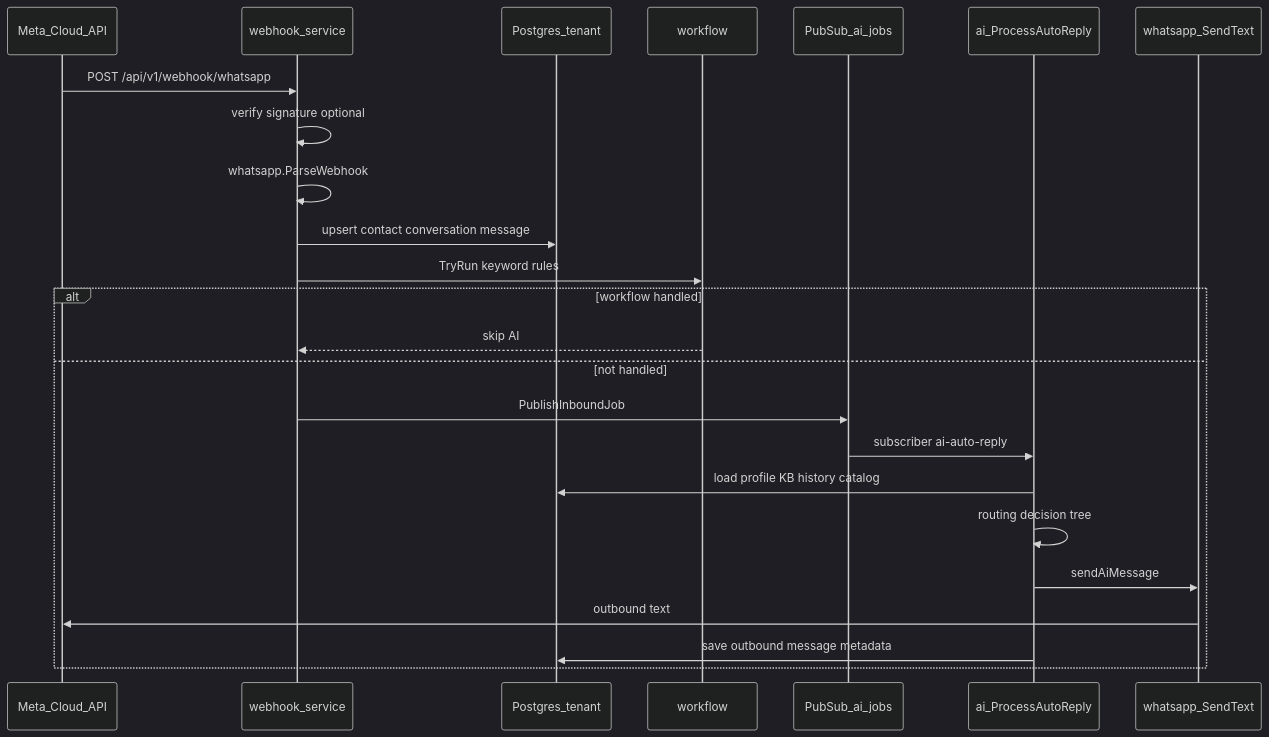
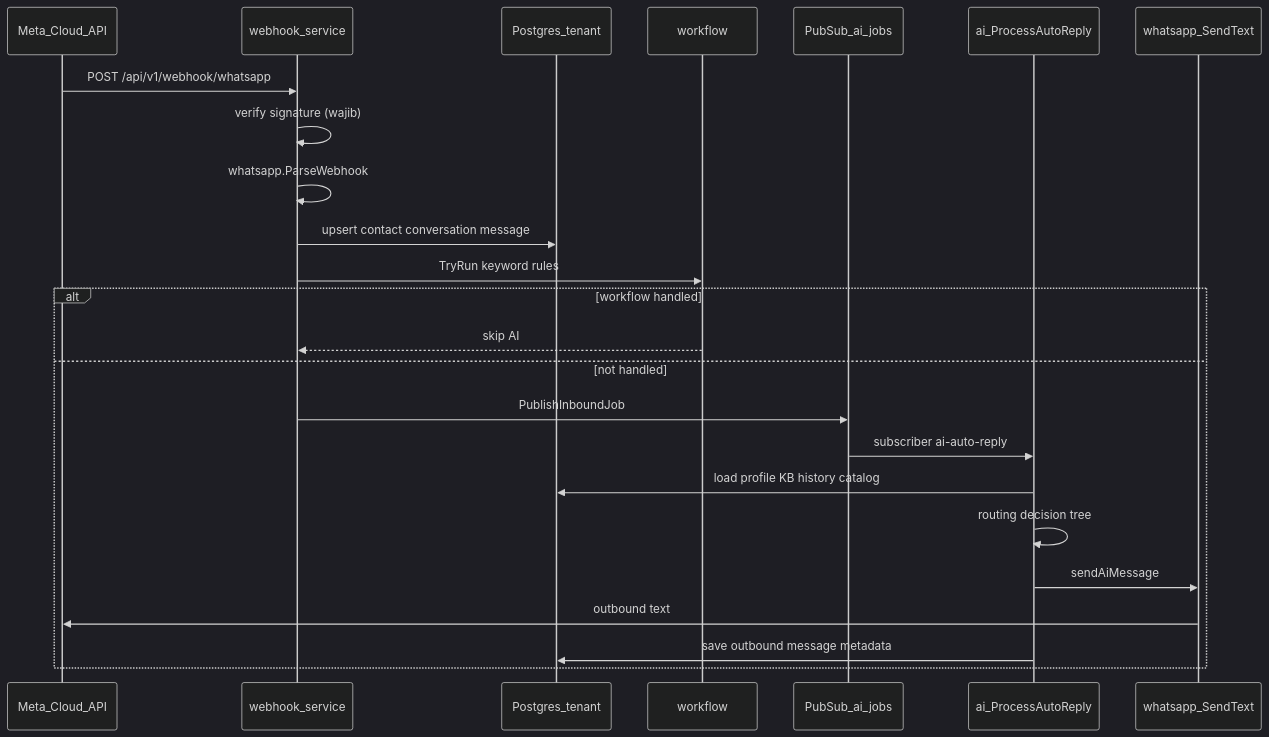
Before and after one commit to vwijaya03/wabantu-api-go: the first of 2 diagrams in docs/WHATSAPP_AI_ROUTING.md, drawn with Mermaid (dark theme). The commit also changed other lines of this file and 3 other files, not shown here.

````diff
--- a/docs/WHATSAPP_AI_ROUTING.md
+++ b/docs/WHATSAPP_AI_ROUTING.md
@@ -12,27 +12,27 @@
 ```mermaid
 sequenceDiagram
   participant Meta as Meta_Cloud_API
   participant WH as webhook_service
   participant DB as Postgres_tenant
   participant WF as workflow
   participant PS as PubSub_ai_jobs
   participant AI as ai_ProcessAutoReply
   participant WA as whatsapp_SendText
 
   Meta->>WH: POST /api/v1/webhook/whatsapp
-  WH->>WH: verify signature optional
+  WH->>WH: verify signature (wajib)
   WH->>WH: whatsapp.ParseWebhook
   WH->>DB: upsert contact conversation message
   WH->>WF: TryRun keyword rules
   alt workflow handled
     WF-->>WH: skip AI
   else not handled
     WH->>PS: PublishInboundJob
     PS->>AI: subscriber ai-auto-reply
     AI->>DB: load profile KB history catalog
     AI->>AI: routing decision tree
     AI->>WA: sendAiMessage
     WA->>Meta: outbound text
     AI->>DB: save outbound message metadata
   end
 ```
````
